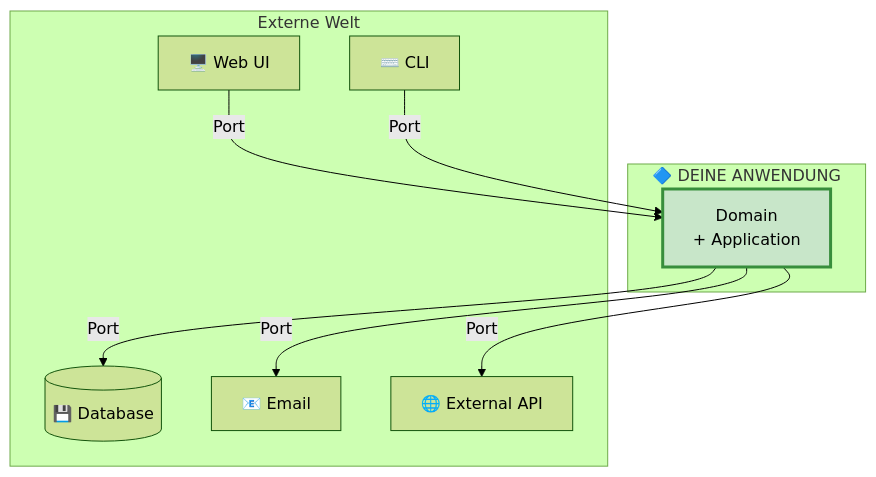
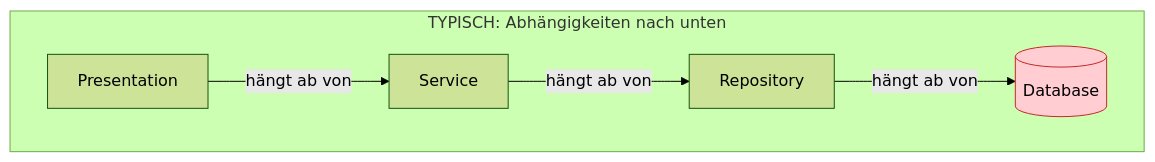
The seventh of 18 diagrams in tutorialHexagonal.md (travelplanner04/ddd-example), drawn with Mermaid (forest theme) before and after one commit. The commit also changed other lines of this file and 2 other files, not shown here.

````diff
--- a/tutorialHexagonal.md
+++ b/tutorialHexagonal.md
@@ -98,22 +222,10 @@
 ```mermaid
 graph TB
-    subgraph Hexagon ["🔷 DEINE ANWENDUNG"]
-        Core["Domain<br/>+ Application"]
+    subgraph "TYPISCH: Abhängigkeiten nach unten"
+        P[Presentation] -->|"hängt ab von"| S[Service]
+        S -->|"hängt ab von"| R[Repository]
+        R -->|"hängt ab von"| DB[(Database)]
     end
 
-    subgraph External ["Externe Welt"]
-        UI["🖥️ Web UI"]
-        CLI["⌨️ CLI"]
-        DB[(💾 Database)]
-        Email["📧 Email"]
-        API["🌐 External API"]
-    end
-
-    UI -->|"Port"| Core
-    CLI -->|"Port"| Core
-    Core -->|"Port"| DB
-    Core -->|"Port"| Email
-    Core -->|"Port"| API
-
-    style Core fill:#c8e6c9,stroke:#388e3c,stroke-width:3px
+    style DB fill:#ffcdd2,stroke:#c62828
 ```
````
